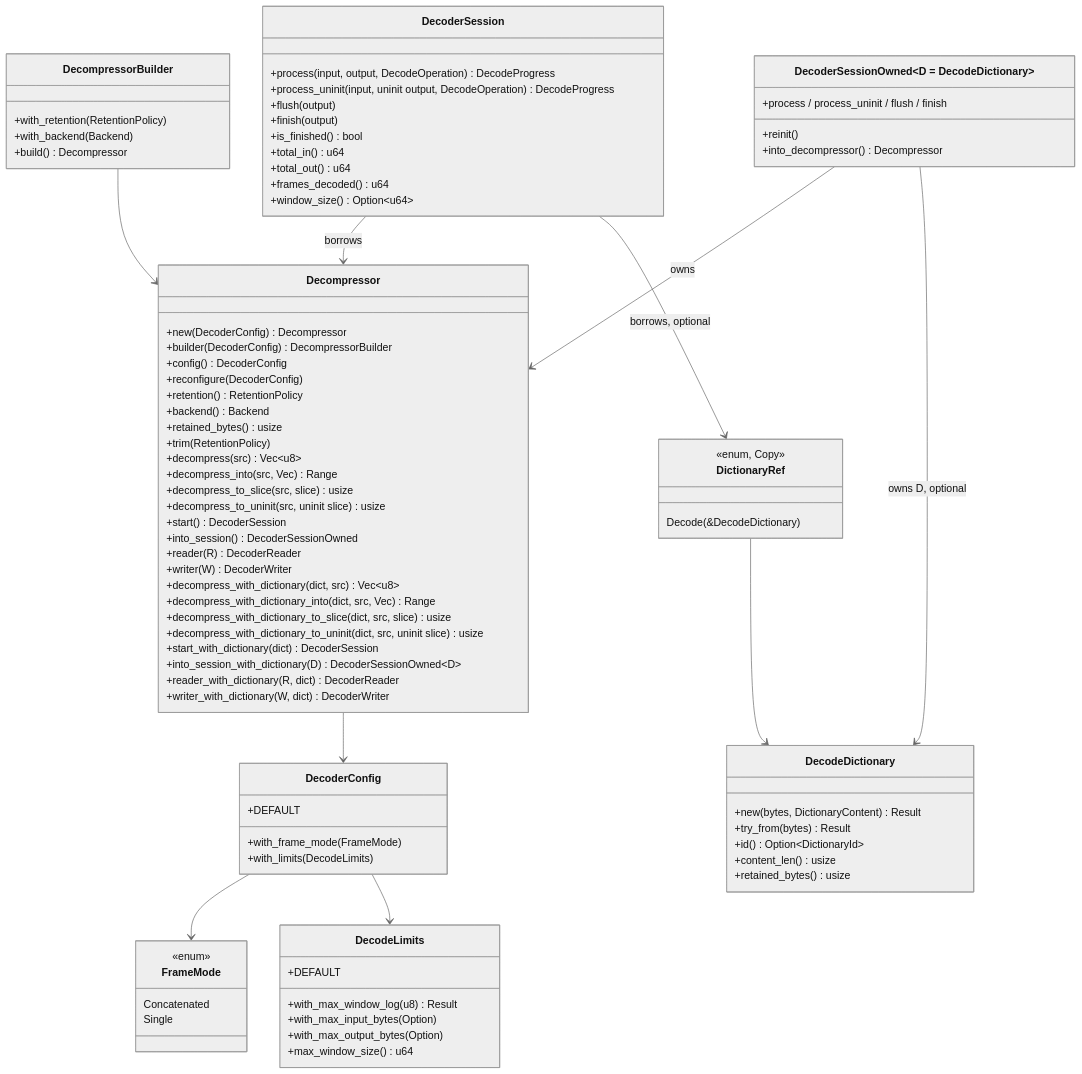
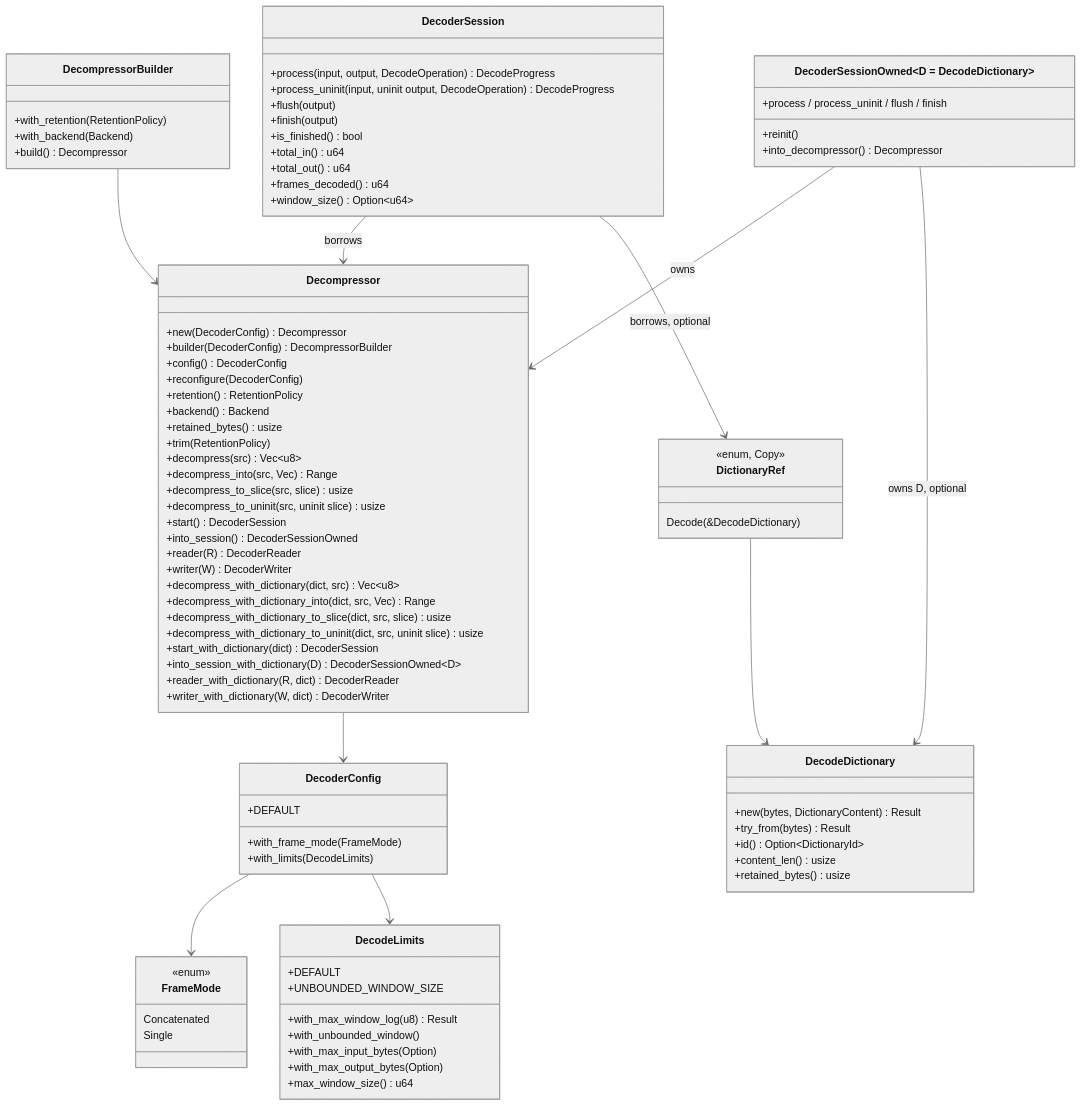
Before and after one commit to M-Compressors/mzstd: the second of 11 diagrams in architecture/decompressor.md, drawn with Mermaid (neutral theme). The commit also changed other lines of this file and 11 other files, not shown here.

```diff
--- a/architecture/decompressor.md
+++ b/architecture/decompressor.md
@@ -115,7 +115,9 @@
     }
     class DecodeLimits {
         +DEFAULT
+        +UNBOUNDED_WINDOW_SIZE
         +with_max_window_log(u8) Result
+        +with_unbounded_window()
         +with_max_input_bytes(Option)
         +with_max_output_bytes(Option)
         +max_window_size() u64
```
